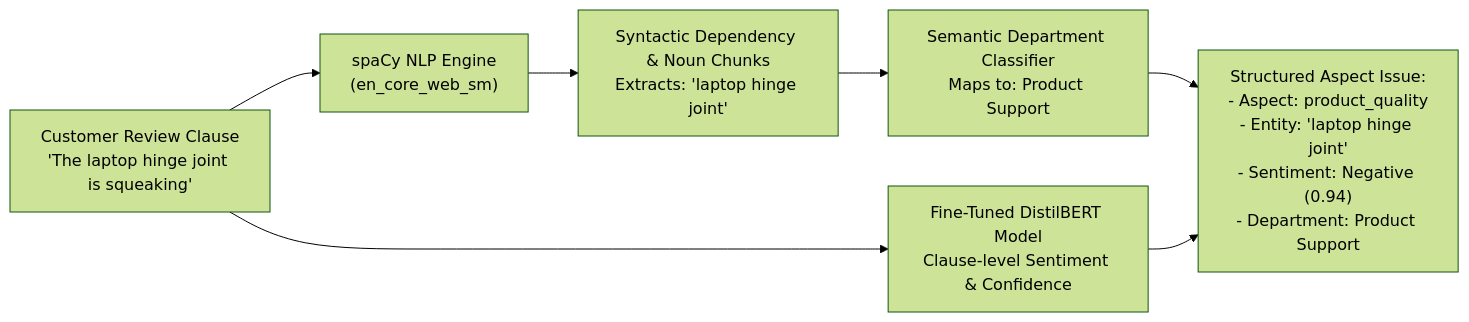
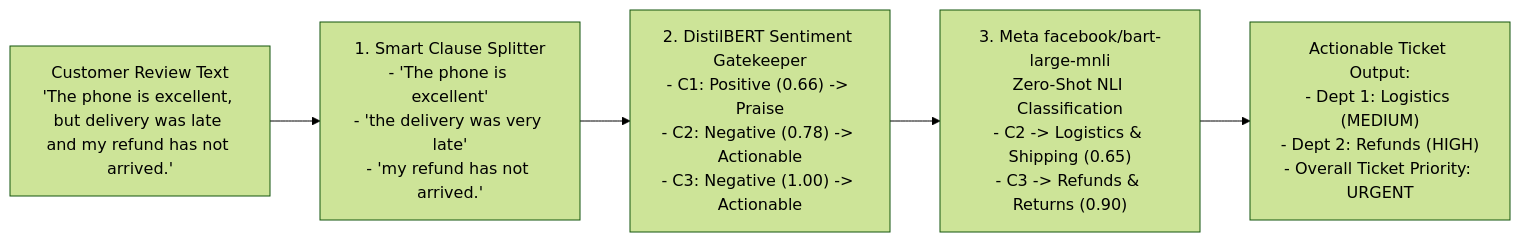
Before and after one commit to ndk123-web/intelligent-review-router: the third of 3 diagrams in README.md, drawn with Mermaid (forest theme). The commit also changed other lines of this file, not shown here.

Commit message:
docs: update README to reflect 3-stage ABSA architecture, zero-shot classification, and live output examples

````diff
--- a/README.md
+++ b/README.md
@@ -68,8 +71,7 @@
 ```mermaid
 flowchart LR
-    R["Customer Review Clause\n'The laptop hinge joint is squeaking'"] --> SP["spaCy NLP Engine\n(en_core_web_sm)"]
-    SP --> NC["Syntactic Dependency & Noun Chunks\nExtracts: 'laptop hinge joint'"]
-    NC --> SC["Semantic Department Classifier\nMaps to: Product Support"]
-    R --> DB["Fine-Tuned DistilBERT Model\nClause-level Sentiment & Confidence"]
-    SC & DB --> OUT["Structured Aspect Issue:\n- Aspect: product_quality\n- Entity: 'laptop hinge joint'\n- Sentiment: Negative (0.94)\n- Department: Product Support"]
+    R["Customer Review Text\n'The phone is excellent, but delivery was late and my refund has not arrived.'"] --> CS["1. Smart Clause Splitter\n- 'The phone is excellent'\n- 'the delivery was very late'\n- 'my refund has not arrived.'"]
+    CS --> SENT["2. DistilBERT Sentiment Gatekeeper\n- C1: Positive (0.66) -> Praise\n- C2: Negative (0.78) -> Actionable\n- C3: Negative (1.00) -> Actionable"]
+    SENT --> ZS["3. Meta facebook/bart-large-mnli\nZero-Shot NLI Classification\n- C2 -> Logistics & Shipping (0.65)\n- C3 -> Refunds & Returns (0.90)"]
+    ZS --> OUT["Actionable Ticket Output:\n- Dept 1: Logistics (MEDIUM)\n- Dept 2: Refunds (HIGH)\n- Overall Ticket Priority: URGENT"]
 ```
````
